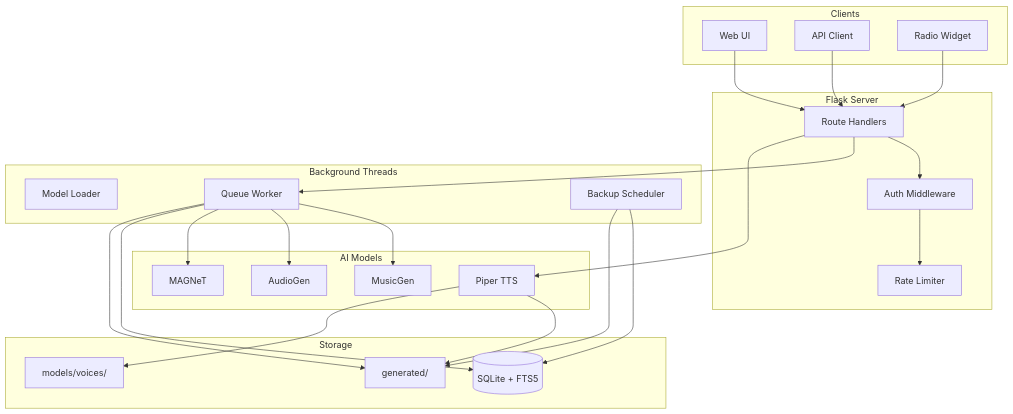
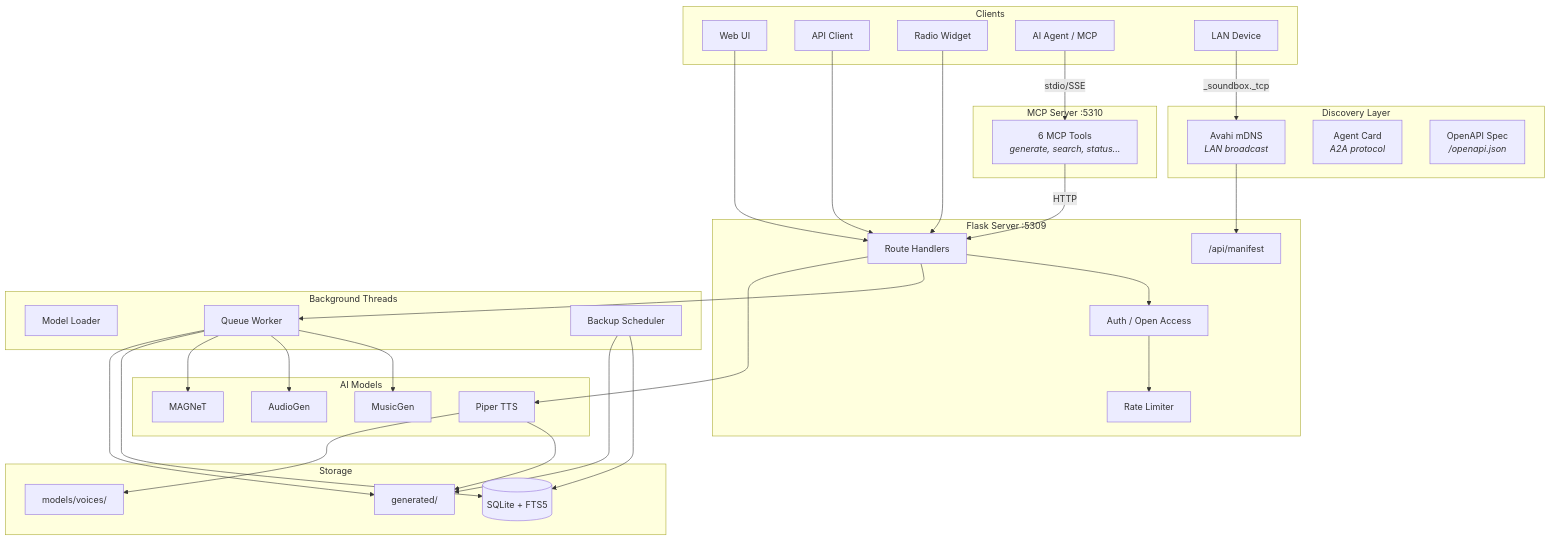
Before and after one commit to Valpatel/app-soundbox: the first of 9 diagrams in docs/ARCHITECTURE.md, drawn with Mermaid. The commit also changed other lines of this file and 26 other files, not shown here.

First line of the commit message:
Add service discovery, MCP security hardening, docs, and Claude Code skills

````diff
--- a/docs/ARCHITECTURE.md
+++ b/docs/ARCHITECTURE.md
@@ -5,52 +5,70 @@
 ```mermaid
 graph TB
+    subgraph "Discovery Layer"
+        mDNS["Avahi mDNS<br/><i>LAN broadcast</i>"]
+        AgentCard["Agent Card<br/><i>A2A protocol</i>"]
+        OpenAPISpec["OpenAPI Spec<br/><i>/openapi.json</i>"]
+    end
+
     subgraph Clients
         UI[Web UI]
         API[API Client]
         Widget[Radio Widget]
+        AIAgent[AI Agent / MCP]
+        LAN[LAN Device]
     end
 
-    subgraph "Flask Server"
+    subgraph "Flask Server :5309"
         Routes[Route Handlers]
-        Auth[Auth Middleware]
+        Auth[Auth / Open Access]
         Limiter[Rate Limiter]
+        Manifest["/api/manifest"]
+    end
+
+    subgraph "MCP Server :5310"
+        MCPTools["6 MCP Tools<br/><i>generate, search, status...</i>"]
     end
 
     subgraph "Background Threads"
         Loader[Model Loader]
         Worker[Queue Worker]
         Backup[Backup Scheduler]
     end
 
     subgraph "AI Models"
         MusicGen[MusicGen]
         AudioGen[AudioGen]
         MAGNeT[MAGNeT]
         Piper[Piper TTS]
     end
 
     subgraph Storage
         DB[(SQLite + FTS5)]
         Audio[generated/]
         Voices[models/voices/]
     end
 
+    LAN -->|"_soundbox._tcp"| mDNS
+    mDNS --> Manifest
+    AIAgent -->|stdio/SSE| MCPTools
+    MCPTools -->|HTTP| Routes
+
     UI --> Routes
     API --> Routes
     Widget --> Routes
     Routes --> Auth
     Auth --> Limiter
 
     Routes --> Worker
     Worker --> MusicGen
     Worker --> AudioGen
     Worker --> MAGNeT
     Routes --> Piper
 
     Worker --> DB
     Worker --> Audio
     Piper --> Audio
     Piper --> Voices
     Backup --> DB
     Backup --> Audio
 ```
````
